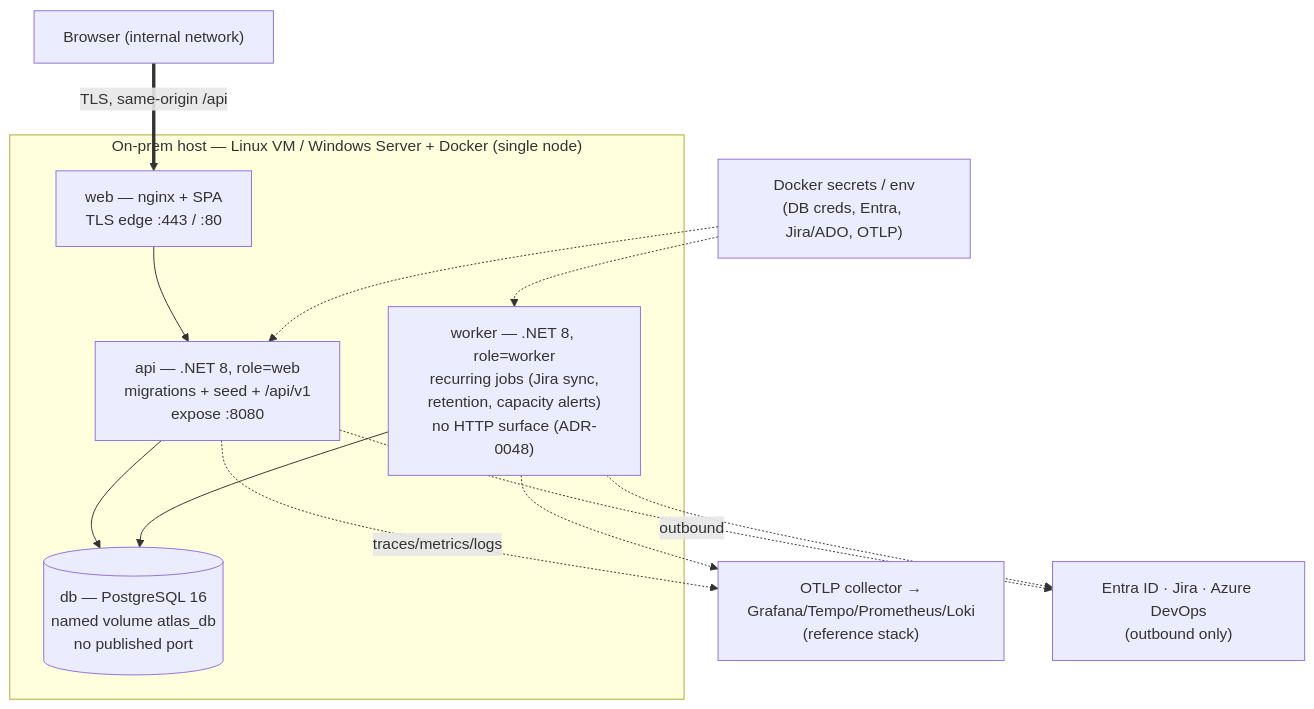
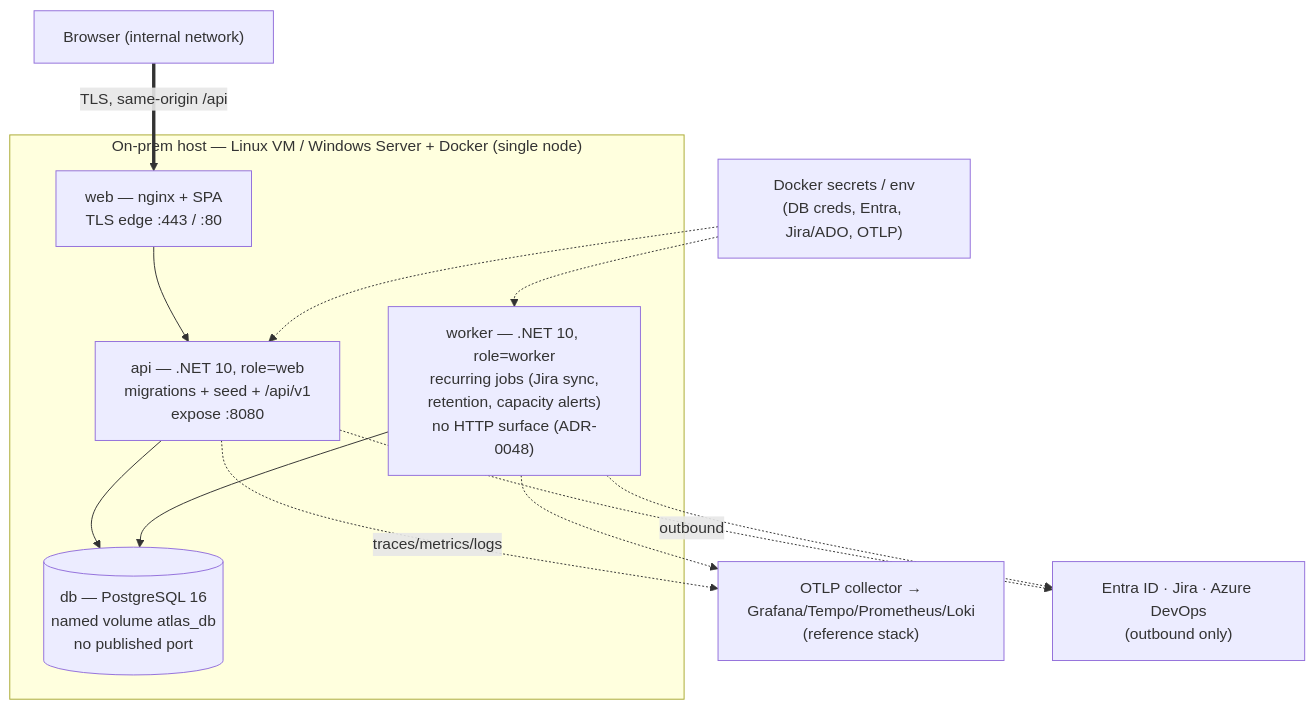
One commit to nicpozent/ATLASPPM_AdditionalFeatures changed the seventh of 8 diagrams in docs/architecture/hld.md. Above: the diagram before and after it, drawn with Mermaid. The commit also changed other lines of this file and 13 other files, not shown here.

````diff
--- a/docs/architecture/hld.md
+++ b/docs/architecture/hld.md
@@ -223,20 +223,20 @@
 ```mermaid
 flowchart TB
   browser["Browser (internal network)"]
   subgraph Host["On-prem host — Linux VM / Windows Server + Docker (single node)"]
     web["web — nginx + SPA\nTLS edge :443 / :80"]
-    api["api — .NET 8, role=web\nmigrations + seed + /api/v1\nexpose :8080"]
-    worker["worker — .NET 8, role=worker\nrecurring jobs (Jira sync,\nretention, capacity alerts)\nno HTTP surface (ADR-0048)"]
+    api["api — .NET 10, role=web\nmigrations + seed + /api/v1\nexpose :8080"]
+    worker["worker — .NET 10, role=worker\nrecurring jobs (Jira sync,\nretention, capacity alerts)\nno HTTP surface (ADR-0048)"]
     db[("db — PostgreSQL 16\nnamed volume atlas_db\nno published port")]
   end
   browser ==>|"TLS, same-origin /api"| web --> api --> db
   worker --> db
   secrets["Docker secrets / env\n(DB creds, Entra, Jira/ADO, OTLP)"] -.-> api
   secrets -.-> worker
   otlp["OTLP collector →\nGrafana/Tempo/Prometheus/Loki\n(reference stack)"]
   api -.->|"traces/metrics/logs"| otlp
   worker -.-> otlp
   ext["Entra ID · Jira · Azure DevOps\n(outbound only)"]
   api -.->|"outbound"| ext
   worker -.-> ext
 ```
````
